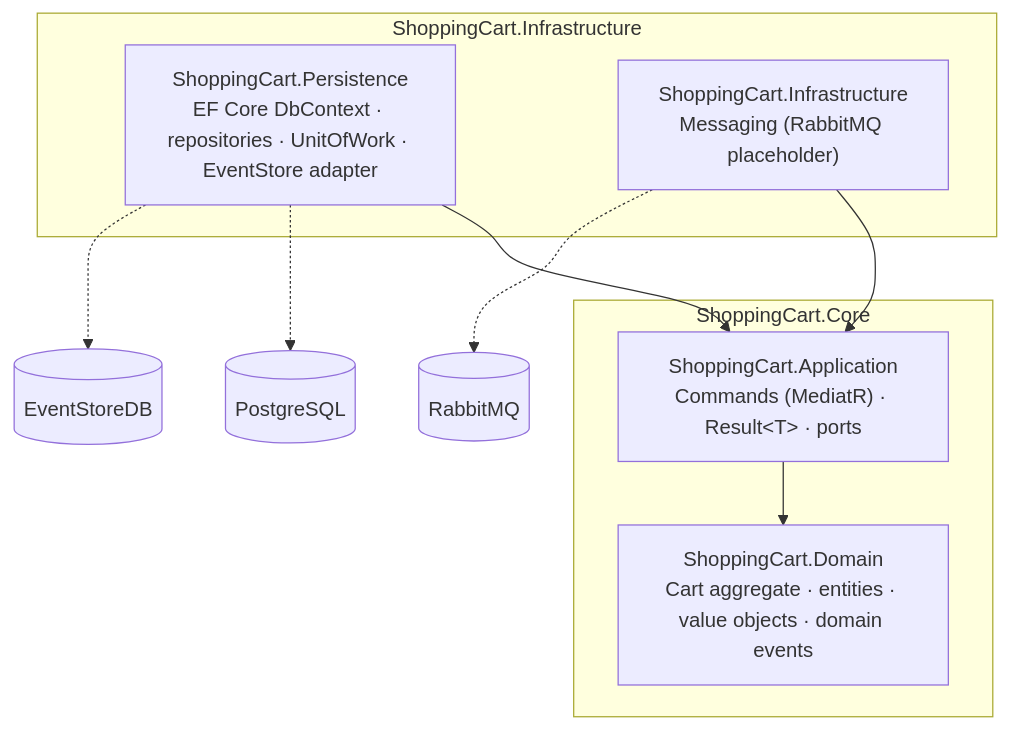
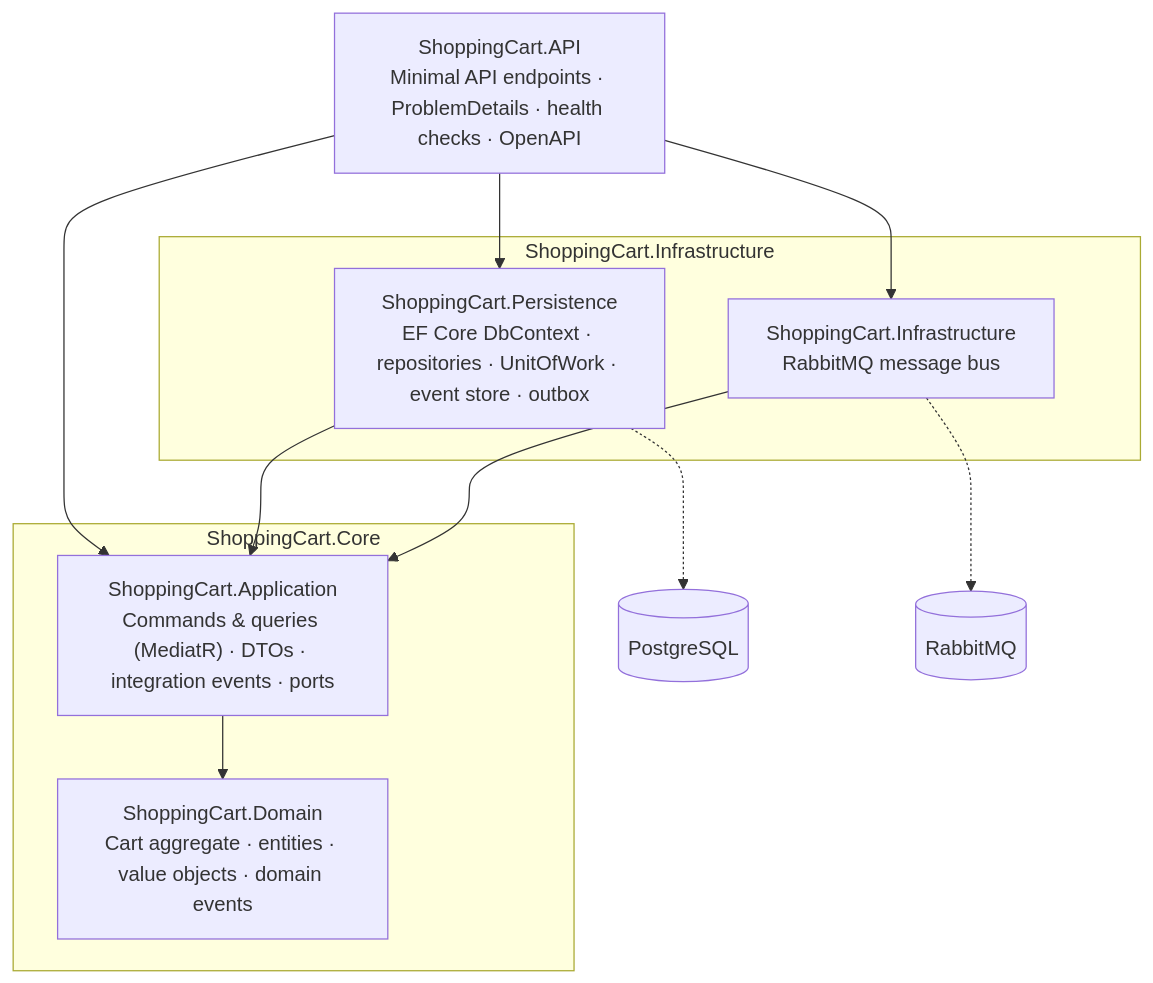
The first of 3 diagrams in README.md (gokhanertogan/ShoppingCartProject), drawn with Mermaid before and after one commit. The commit also changed other lines of this file and 1 other file, not shown here.

````diff
--- a/README.md
+++ b/README.md
@@ -28,20 +28,24 @@
 ```mermaid
 flowchart TB
+    API["ShoppingCart.API<br/>Minimal API endpoints · ProblemDetails · health checks · OpenAPI"]
+
     subgraph Core["ShoppingCart.Core"]
         D["ShoppingCart.Domain<br/>Cart aggregate · entities · value objects · domain events"]
-        A["ShoppingCart.Application<br/>Commands (MediatR) · Result&lt;T&gt; · ports"]
+        A["ShoppingCart.Application<br/>Commands & queries (MediatR) · DTOs · integration events · ports"]
     end
 
     subgraph Infra["ShoppingCart.Infrastructure"]
-        P["ShoppingCart.Persistence<br/>EF Core DbContext · repositories · UnitOfWork · EventStore adapter"]
-        I["ShoppingCart.Infrastructure<br/>Messaging (RabbitMQ placeholder)"]
+        P["ShoppingCart.Persistence<br/>EF Core DbContext · repositories · UnitOfWork · event store · outbox"]
+        I["ShoppingCart.Infrastructure<br/>RabbitMQ message bus"]
     end
 
+    API --> A
+    API --> P
+    API --> I
     A --> D
     P --> A
     I --> A
 
     P -.-> PG[(PostgreSQL)]
-    P -.-> ES[(EventStoreDB)]
     I -.-> MQ[(RabbitMQ)]
 ```
````
